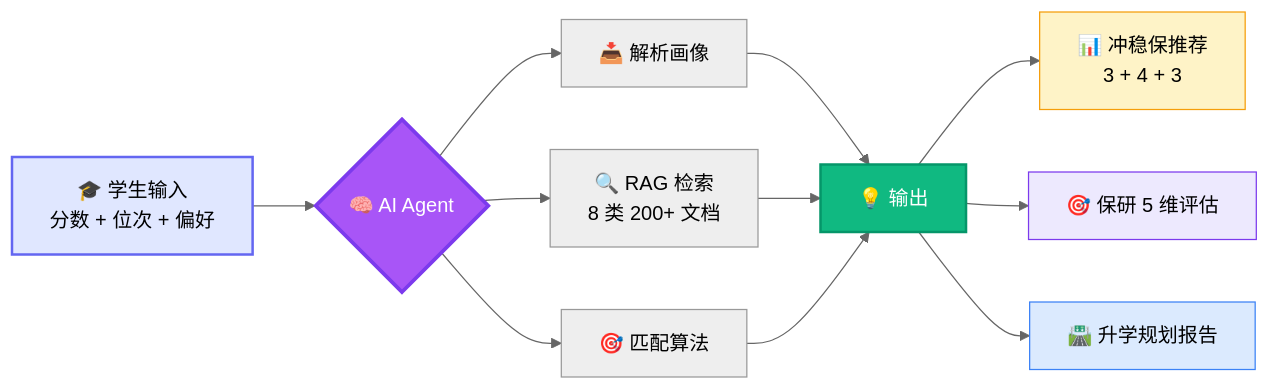
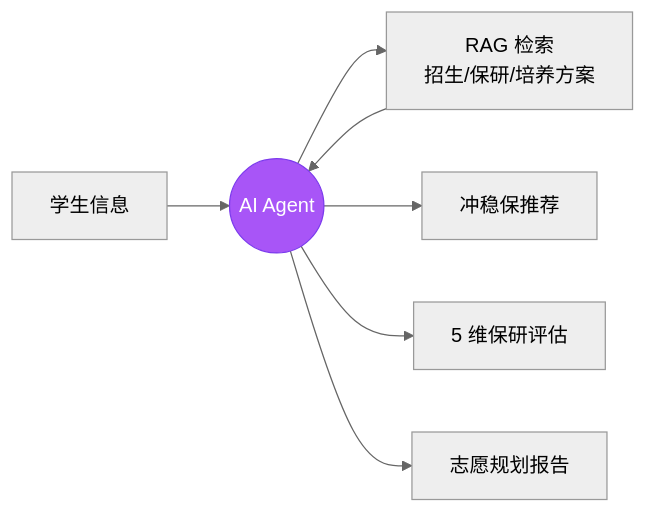
One commit to mear9713/gaokao changed the first of 2 diagrams in README.md. Above: the diagram before and after it, drawn with Mermaid (neutral theme). The commit also changed other lines of this file, not shown here.

````diff
--- a/README.md
+++ b/README.md
@@ -30,18 +24,10 @@
 ```mermaid
 flowchart LR
-  A[🎓 学生输入<br/>分数 + 位次 + 偏好] --> B{🧠 AI Agent}
-  B --> C[📥 解析画像]
-  B --> D[🔍 RAG 检索<br/>8 类 200+ 文档]
-  B --> E[🎯 匹配算法]
-  C & D & E --> F[💡 输出]
-  F --> G[📊 冲稳保推荐<br/>3 + 4 + 3]
-  F --> H[🎯 保研 5 维评估]
-  F --> I[🛣️ 升学规划报告]
-
-  style A fill:#e0e7ff,stroke:#6366f1,stroke-width:2px,color:#000
-  style B fill:#a855f7,stroke:#7c3aed,stroke-width:3px,color:#fff
-  style F fill:#10b981,stroke:#059669,stroke-width:2px,color:#fff
-  style G fill:#fef3c7,stroke:#f59e0b,color:#000
-  style H fill:#ede9fe,stroke:#7c3aed,color:#000
-  style I fill:#dbeafe,stroke:#3b82f6,color:#000
+  A[学生信息] --> B((AI Agent))
+  B --> C[RAG 检索<br/>招生/保研/培养方案]
+  C --> B
+  B --> D[冲稳保推荐]
+  B --> E[5 维保研评估]
+  B --> F[志愿规划报告]
+  style B fill:#a855f7,stroke:#7c3aed,color:#fff
 ```
````
